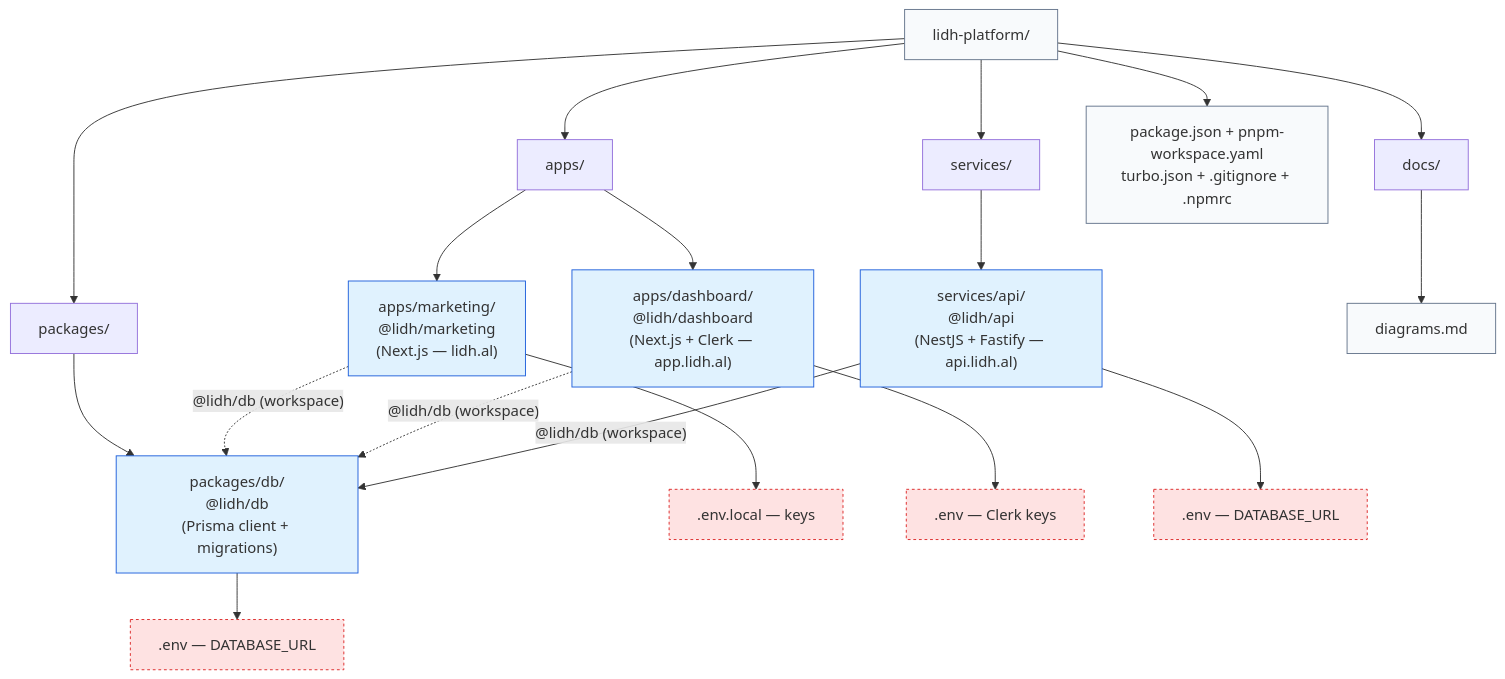
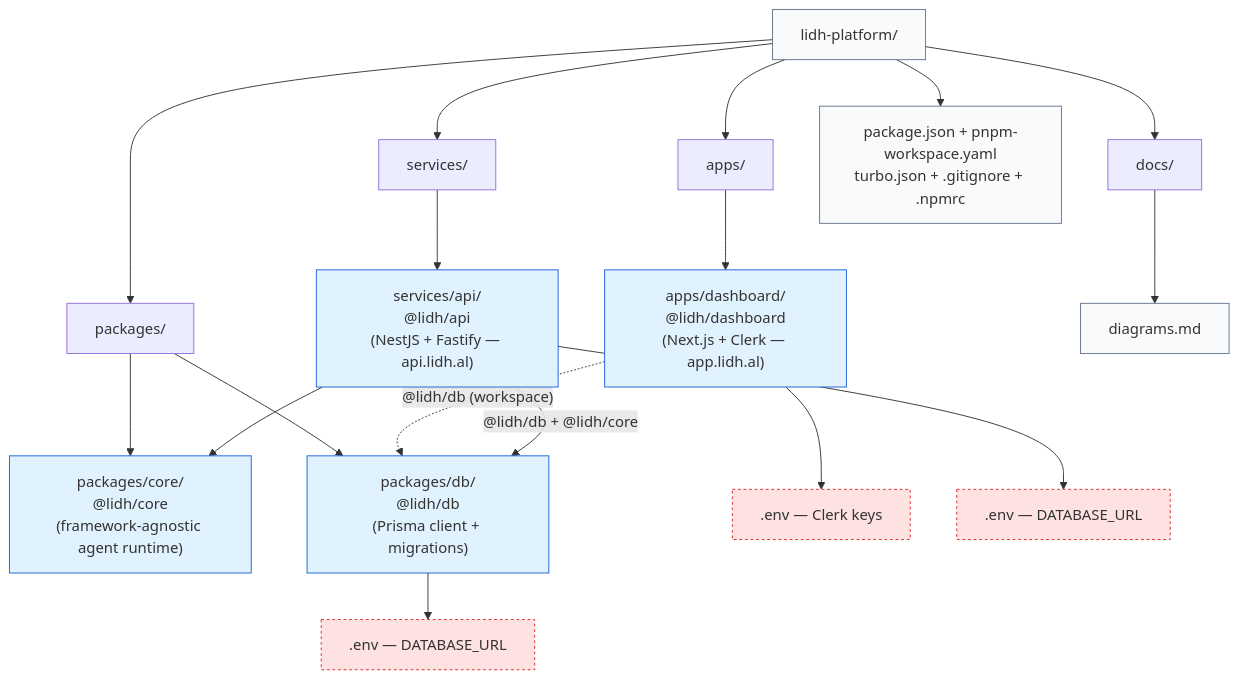
One commit to emiredculiqi/lidh-platform changed the fifth of 5 diagrams in docs/diagrams.md. Above: the diagram before and after it, drawn with Mermaid. The commit also changed other lines of this file and 128 other files, not shown here.

````diff
--- a/docs/diagrams.md
+++ b/docs/diagrams.md
@@ -395,32 +391,33 @@
 ```mermaid
 graph TD
   classDef workspace fill:#E0F2FE,stroke:#1E5FDB
   classDef config    fill:#F8FAFC,stroke:#64748B
   classDef secret    fill:#FEE2E2,stroke:#DC2626,stroke-dasharray:3 3
 
   root[lidh-platform/]:::config
 
   root --> apps[apps/]
   root --> services[services/]
   root --> packages[packages/]
   root --> docs[docs/]
   root --> rootCfg["package.json + pnpm-workspace.yaml<br/>turbo.json + .gitignore + .npmrc"]:::config
 
-  apps --> marketing["apps/marketing/<br/>@lidh/marketing<br/>(Next.js — lidh.al)"]:::workspace
   apps --> dashboard["apps/dashboard/<br/>@lidh/dashboard<br/>(Next.js + Clerk — app.lidh.al)"]:::workspace
 
   services --> api["services/api/<br/>@lidh/api<br/>(NestJS + Fastify — api.lidh.al)"]:::workspace
 
+  packages --> core["packages/core/<br/>@lidh/core<br/>(framework-agnostic agent runtime)"]:::workspace
   packages --> db["packages/db/<br/>@lidh/db<br/>(Prisma client + migrations)"]:::workspace
 
   docs --> diag[diagrams.md]:::config
 
-  marketing -. "@lidh/db (workspace)" .-> db
   dashboard -. "@lidh/db (workspace)" .-> db
-  api       -- "@lidh/db (workspace)" --> db
+  api       -- "@lidh/db + @lidh/core" --> db
+  api       --> core
 
-  marketing --> marketingEnv[".env.local — keys"]:::secret
   dashboard --> dashboardEnv[".env — Clerk keys"]:::secret
   api       --> apiEnv[".env — DATABASE_URL"]:::secret
   db        --> dbEnv[".env — DATABASE_URL"]:::secret
+
+  %% Marketing site (lidh.al) lives in its own repo (ADR-012) — not shown.
 ```
````
